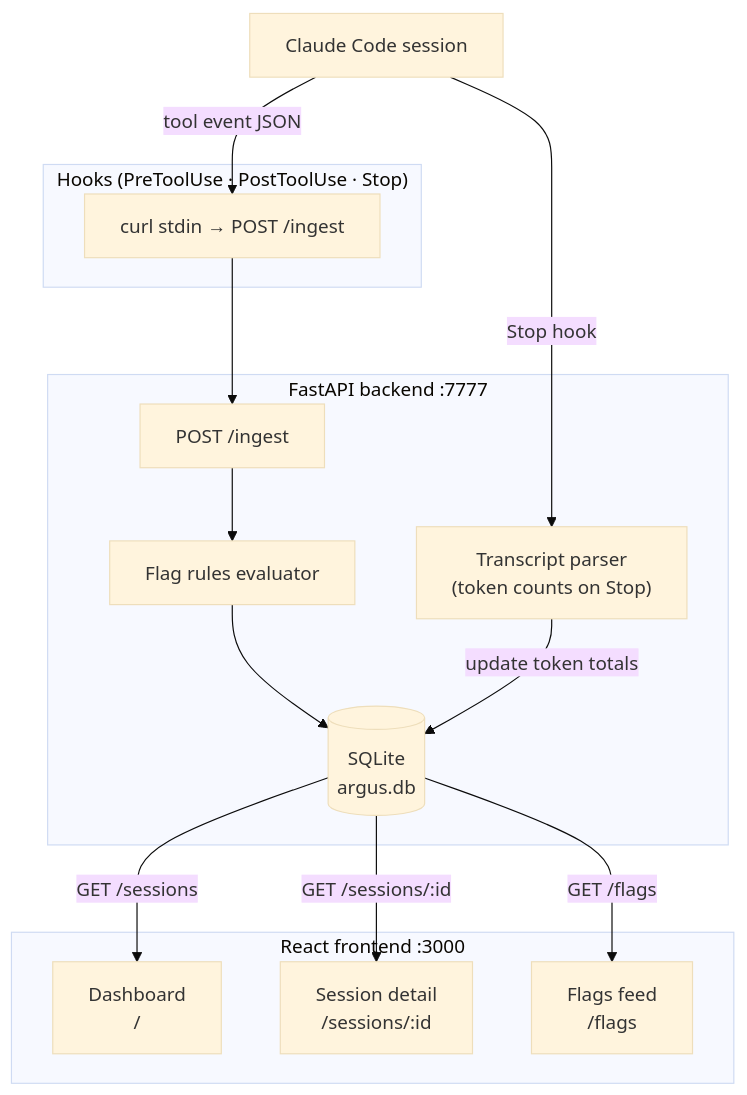
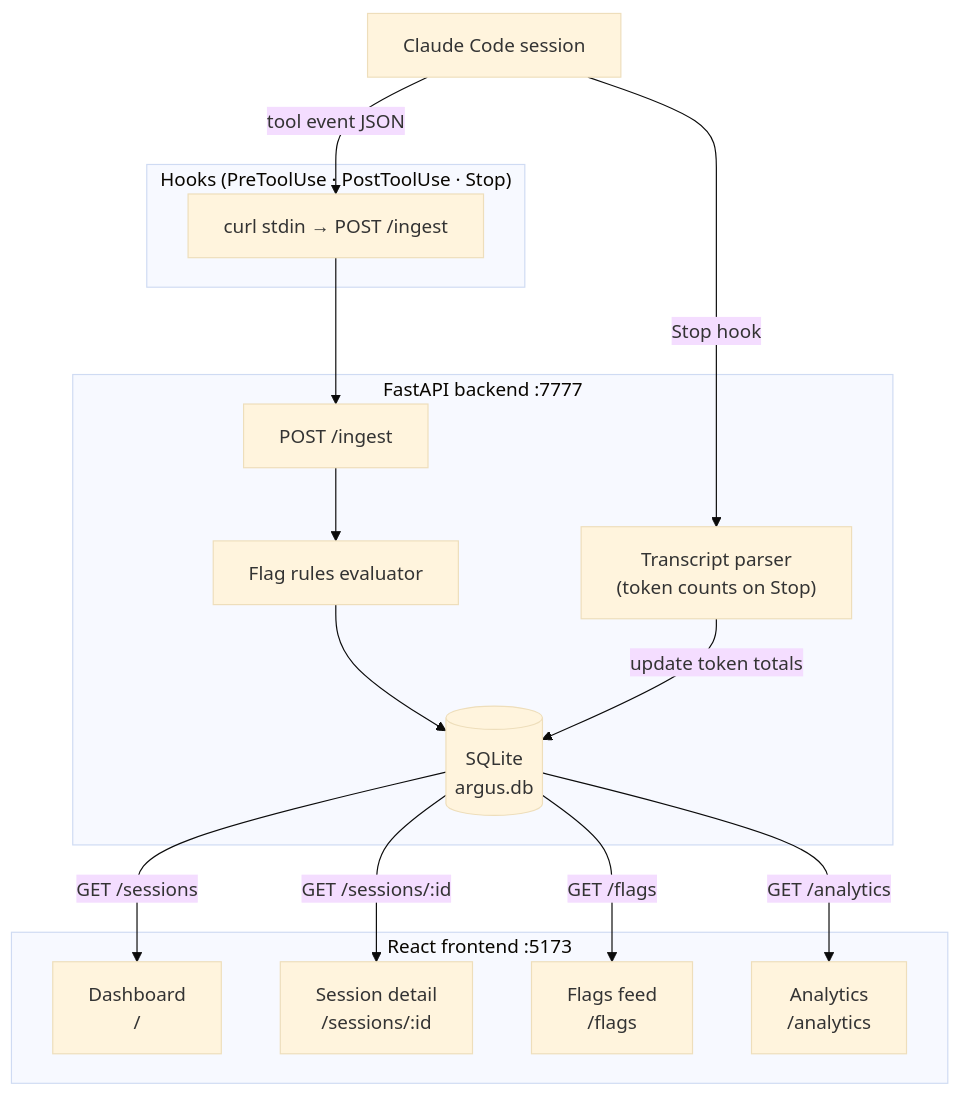
The diagram in README.md (Julien-ser/argus), drawn with Mermaid (base theme) before and after one commit. The commit also changed other lines of this file and 29 other files, not shown here.

````diff
--- a/README.md
+++ b/README.md
@@ -19,32 +19,34 @@
 ```mermaid
 flowchart TD
     CC["Claude Code session"]
 
     subgraph hooks["Hooks (PreToolUse · PostToolUse · Stop)"]
         H["curl stdin → POST /ingest"]
     end
 
     subgraph backend["FastAPI backend :7777"]
         IN["POST /ingest"]
         FL["Flag rules evaluator"]
         DB[("SQLite\nargus.db")]
         TR["Transcript parser\n(token counts on Stop)"]
     end
 
-    subgraph frontend["React frontend :3000"]
+    subgraph frontend["React frontend :5173"]
         DASH["Dashboard\n/"]
         SESS["Session detail\n/sessions/:id"]
         FLAGS["Flags feed\n/flags"]
+        ANA["Analytics\n/analytics"]
     end
 
     CC -->|"tool event JSON"| H
     H --> IN
     IN --> FL
     FL --> DB
     CC -->|"Stop hook"| TR
     TR -->|"update token totals"| DB
 
     DB -->|"GET /sessions"| DASH
     DB -->|"GET /sessions/:id"| SESS
     DB -->|"GET /flags"| FLAGS
+    DB -->|"GET /analytics"| ANA
 ```
````
